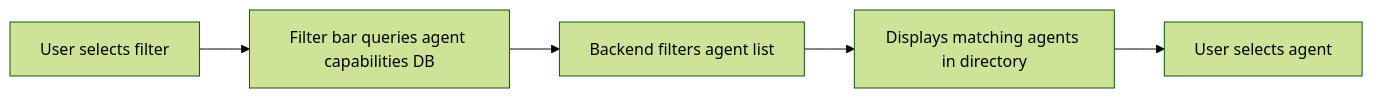
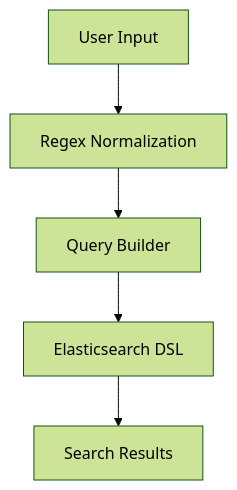
The diagram in inventions/inv_openapi_spec_based_agent_filter_for_agentpaystor_b8a25.md (shawnhvac/agentworld-prior-art), drawn with Mermaid (forest theme) before and after one commit. The commit also changed other lines of this file and 267 other files, not shown here.

````diff
--- a/inventions/inv_openapi_spec_based_agent_filter_for_agentpaystor_b8a25.md
+++ b/inventions/inv_openapi_spec_based_agent_filter_for_agentpaystor_b8a25.md
@@ -47,7 +47,7 @@
 ```mermaid
-graph LR
-A[User selects filter] --> B[Filter bar queries agent capabilities DB]
-B --> C[Backend filters agent list]
-C --> D[Displays matching agents in directory]
-D --> E[User selects agent]
+graph TD
+A[User Input] --> B[Regex Normalization]
+B --> C[Query Builder]
+C --> D[Elasticsearch DSL]
+D --> E[Search Results]
 ```
````
